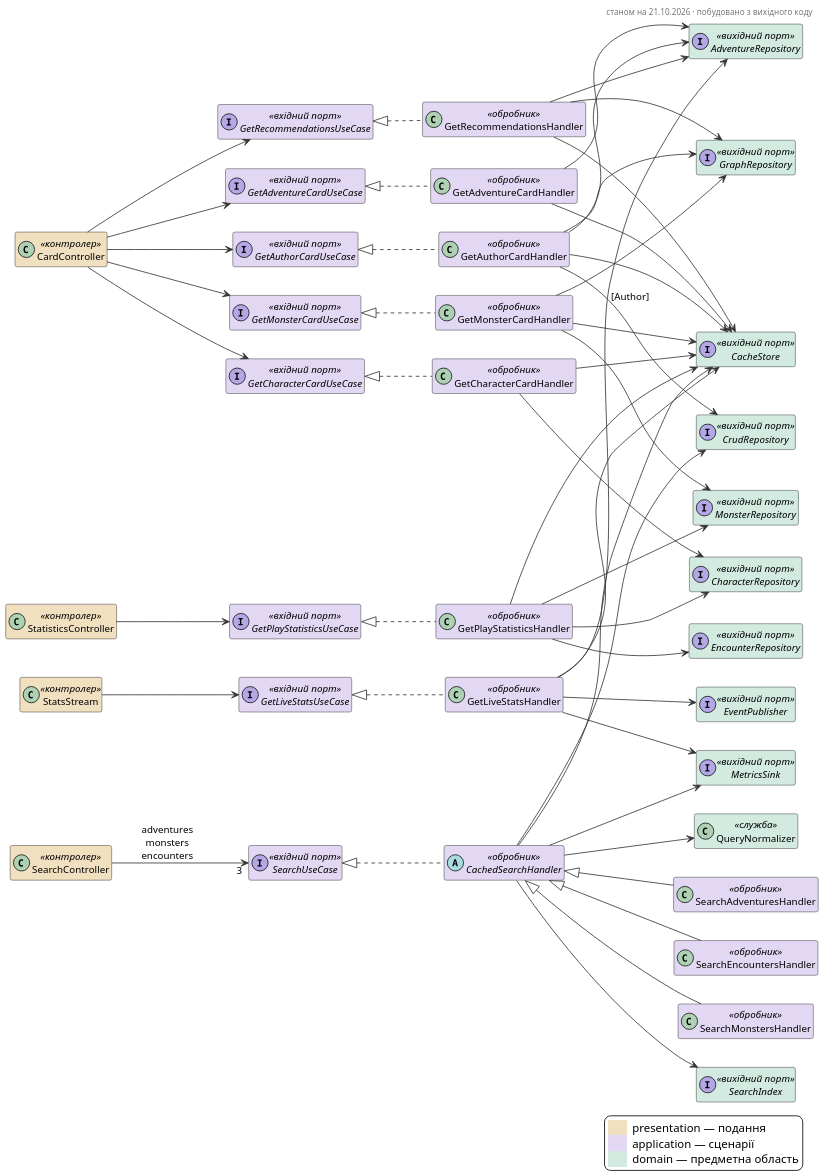
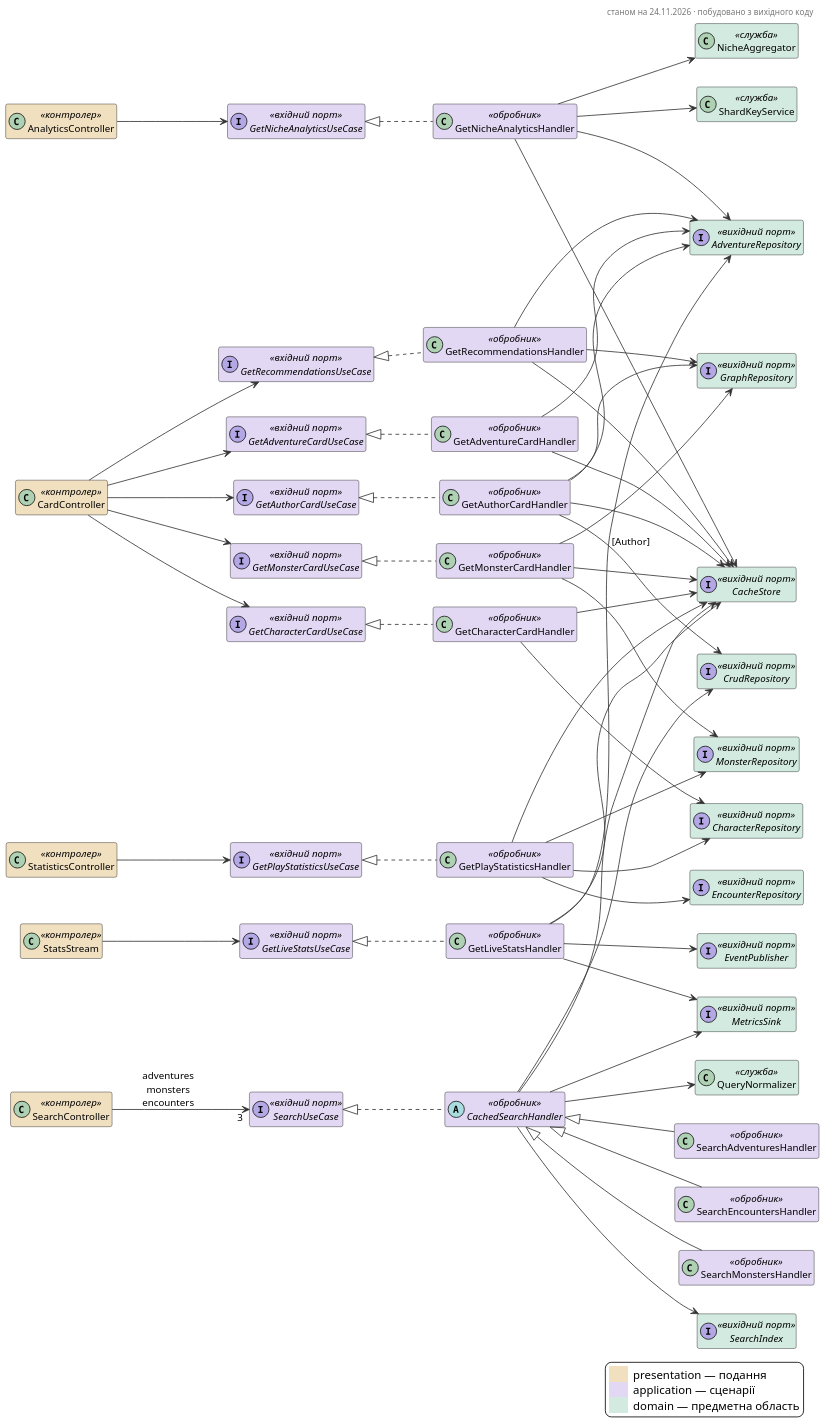
Before and after one commit to Oleksiiska/DB_coursework_D-D: the diagram in docs/diagrams/04-query-path.puml, drawn with PlantUML. The commit also changed 58 other files, not shown here.

```diff
--- a/docs/diagrams/04-query-path.puml
+++ b/docs/diagrams/04-query-path.puml
@@ -1,103 +1,114 @@
 @startuml 04-query-path
 skinparam backgroundColor white
 skinparam shadowing false
 skinparam dpi 150
 skinparam defaultFontSize 12
 skinparam classAttributeIconSize 0
 skinparam packageStyle rectangle
 skinparam ArrowColor #333333
 skinparam HeaderFontColor #777777
 skinparam HeaderFontSize 10
 hide empty members
 
 header
-станом на 21.10.2026 · побудовано з вихідного коду
+станом на 24.11.2026 · побудовано з вихідного коду
 endheader
 
 left to right direction
+class AnalyticsController <<контролер>> #F1E0C0
 class CardController <<контролер>> #F1E0C0
 class SearchController <<контролер>> #F1E0C0
 class StatisticsController <<контролер>> #F1E0C0
 class StatsStream <<контролер>> #F1E0C0
 interface GetAdventureCardUseCase <<вхідний порт>> #E2D8F3
 interface GetAuthorCardUseCase <<вхідний порт>> #E2D8F3
 interface GetCharacterCardUseCase <<вхідний порт>> #E2D8F3
 interface GetLiveStatsUseCase <<вхідний порт>> #E2D8F3
 interface GetMonsterCardUseCase <<вхідний порт>> #E2D8F3
+interface GetNicheAnalyticsUseCase <<вхідний порт>> #E2D8F3
 interface GetPlayStatisticsUseCase <<вхідний порт>> #E2D8F3
 interface GetRecommendationsUseCase <<вхідний порт>> #E2D8F3
 interface SearchUseCase <<вхідний порт>> #E2D8F3
 abstract class CachedSearchHandler <<обробник>> #E2D8F3
 class GetAdventureCardHandler <<обробник>> #E2D8F3
 class GetAuthorCardHandler <<обробник>> #E2D8F3
 class GetCharacterCardHandler <<обробник>> #E2D8F3
 class GetLiveStatsHandler <<обробник>> #E2D8F3
 class GetMonsterCardHandler <<обробник>> #E2D8F3
+class GetNicheAnalyticsHandler <<обробник>> #E2D8F3
 class GetPlayStatisticsHandler <<обробник>> #E2D8F3
 class GetRecommendationsHandler <<обробник>> #E2D8F3
 class SearchAdventuresHandler <<обробник>> #E2D8F3
 class SearchEncountersHandler <<обробник>> #E2D8F3
 class SearchMonstersHandler <<обробник>> #E2D8F3
 interface AdventureRepository <<вихідний порт>> #D2EADF
 interface CacheStore <<вихідний порт>> #D2EADF
 interface CharacterRepository <<вихідний порт>> #D2EADF
 interface CrudRepository <<вихідний порт>> #D2EADF
 interface EncounterRepository <<вихідний порт>> #D2EADF
 interface EventPublisher <<вихідний порт>> #D2EADF
 interface GraphRepository <<вихідний порт>> #D2EADF
 interface MetricsSink <<вихідний порт>> #D2EADF
 interface MonsterRepository <<вихідний порт>> #D2EADF
 interface SearchIndex <<вихідний порт>> #D2EADF
+class NicheAggregator <<служба>> #D2EADF
 class QueryNormalizer <<служба>> #D2EADF
+class ShardKeyService <<служба>> #D2EADF
 SearchUseCase <|.. CachedSearchHandler
 GetAdventureCardUseCase <|.. GetAdventureCardHandler
 GetAuthorCardUseCase <|.. GetAuthorCardHandler
 GetCharacterCardUseCase <|.. GetCharacterCardHandler
 GetLiveStatsUseCase <|.. GetLiveStatsHandler
 GetMonsterCardUseCase <|.. GetMonsterCardHandler
+GetNicheAnalyticsUseCase <|.. GetNicheAnalyticsHandler
 GetPlayStatisticsUseCase <|.. GetPlayStatisticsHandler
 GetRecommendationsUseCase <|.. GetRecommendationsHandler
 CachedSearchHandler <|-- SearchAdventuresHandler
 CachedSearchHandler <|-- SearchEncountersHandler
 CachedSearchHandler <|-- SearchMonstersHandler
+AnalyticsController --> GetNicheAnalyticsUseCase
 CachedSearchHandler --> CacheStore
 CachedSearchHandler --> CrudRepository
 CachedSearchHandler --> MetricsSink
 CachedSearchHandler --> QueryNormalizer
 CachedSearchHandler --> SearchIndex
 CardController --> GetAdventureCardUseCase
 CardController --> GetAuthorCardUseCase
 CardController --> GetCharacterCardUseCase
 CardController --> GetMonsterCardUseCase
 CardController --> GetRecommendationsUseCase
 GetAdventureCardHandler --> AdventureRepository
 GetAdventureCardHandler --> CacheStore
 GetAuthorCardHandler --> AdventureRepository
 GetAuthorCardHandler --> CacheStore
 GetAuthorCardHandler --> CrudRepository : [Author]
 GetAuthorCardHandler --> GraphRepository
 GetCharacterCardHandler --> CacheStore
 GetCharacterCardHandler --> CharacterRepository
 GetLiveStatsHandler --> AdventureRepository
 GetLiveStatsHandler --> CacheStore
 GetLiveStatsHandler --> EventPublisher
 GetLiveStatsHandler --> MetricsSink
 GetMonsterCardHandler --> CacheStore
 GetMonsterCardHandler --> GraphRepository
 GetMonsterCardHandler --> MonsterRepository
+GetNicheAnalyticsHandler --> AdventureRepository
+GetNicheAnalyticsHandler --> CacheStore
+GetNicheAnalyticsHandler --> NicheAggregator
+GetNicheAnalyticsHandler --> ShardKeyService
 GetPlayStatisticsHandler --> CacheStore
 GetPlayStatisticsHandler --> CharacterRepository
 GetPlayStatisticsHandler --> EncounterRepository
 GetPlayStatisticsHandler --> MonsterRepository
 GetRecommendationsHandler --> AdventureRepository
 GetRecommendationsHandler --> CacheStore
 GetRecommendationsHandler --> GraphRepository
 SearchController --> "3" SearchUseCase : adventures\nmonsters\nencounters
 StatisticsController --> GetPlayStatisticsUseCase
 StatsStream --> GetLiveStatsUseCase
 legend right
 <back:#F1E0C0>      </back>  presentation — подання
 <back:#E2D8F3>      </back>  application — сценарії
 <back:#D2EADF>      </back>  domain — предметна область
 endlegend
 @enduml
```
